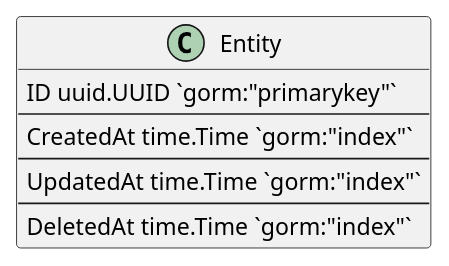
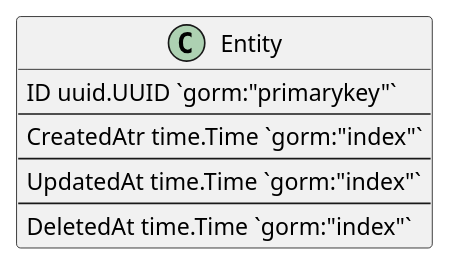
Before and after one commit to Insei/rol: the diagram in demo.puml, drawn with PlantUML.

```diff
--- a/demo.puml
+++ b/demo.puml
@@ -1,13 +1,13 @@
 @startuml Entity
 
 class Entity {
     ID uuid.UUID `gorm:"primarykey"`
     --
-    CreatedAt time.Time `gorm:"index"`
+    CreatedAtr time.Time `gorm:"index"`
     --
     UpdatedAt time.Time `gorm:"index"`
     --
     DeletedAt time.Time `gorm:"index"`
 }
 
 @enduml
```
